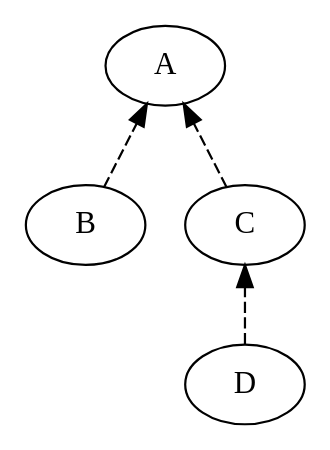
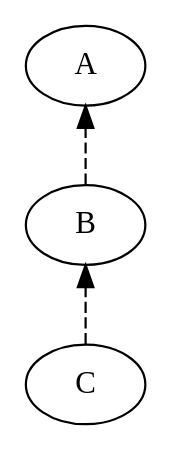
One commit to rubenbaer/ooplss changed the diagram in doc/dot/subclassingSubtyping.dot. Above: the diagram before and after it, drawn with Graphviz. The commit also changed 1 other file, not shown here.

```diff
--- a/doc/dot/subclassingSubtyping.dot
+++ b/doc/dot/subclassingSubtyping.dot
@@ -1,11 +1,9 @@
 digraph subclassingSubtyping {
 	rankdir=BT
 	margin=0
 	A [fontname=LMRoman10]
 	B [fontname=LMRoman10]
 	C [fontname=LMRoman10]
-	D [fontname=LMRoman10]
 	B -> A [style=dashed]
-	C -> A [style=dashed]
-	D -> C [style=dashed]
+	C -> B [style=dashed]
 }
```
